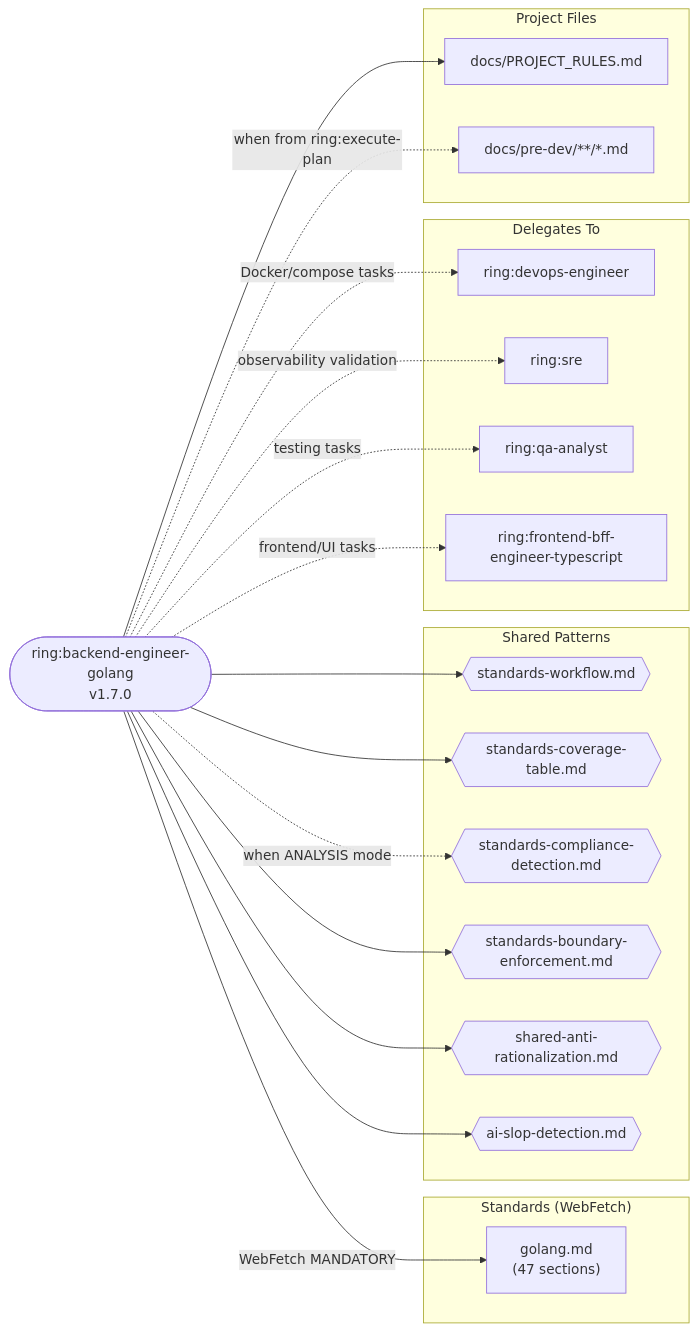
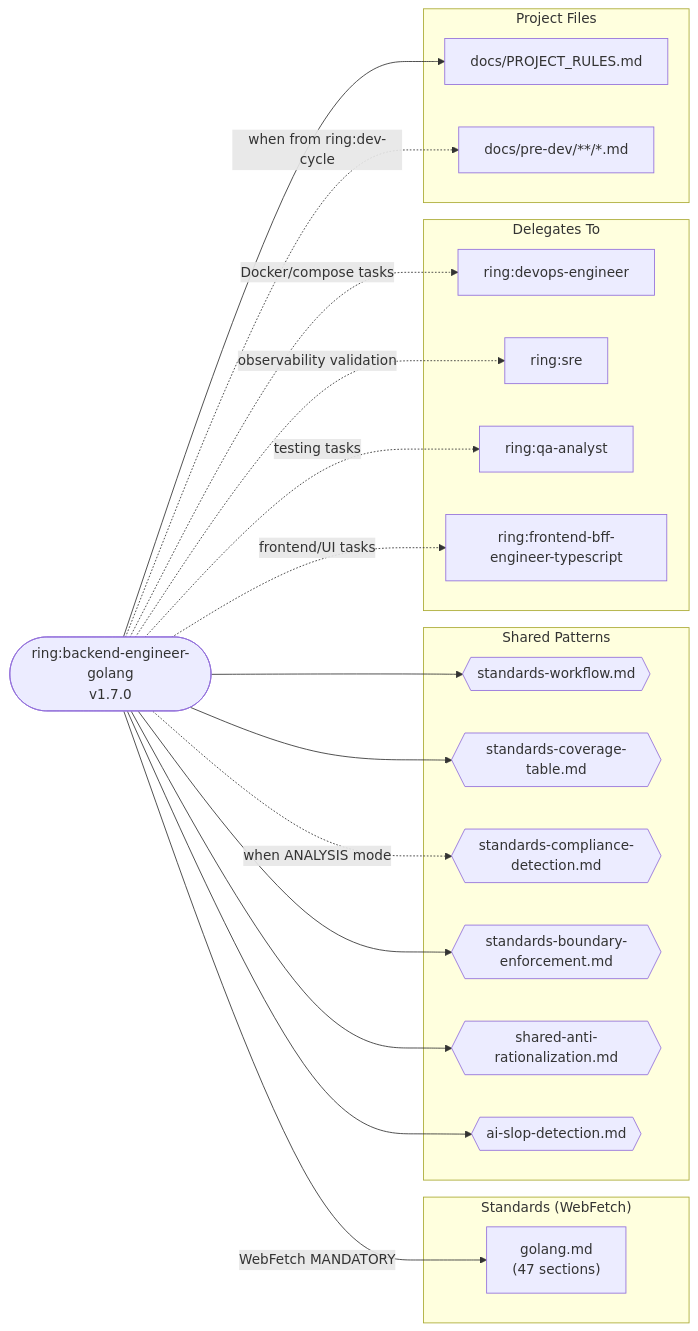
The second of 21 diagrams in dev-team/docs/dependency-diagrams.md (alexgarzao/ring), drawn with Mermaid before and after one commit. The commit also changed other lines of this file and 12 other files, not shown here.

````diff
--- a/dev-team/docs/dependency-diagrams.md
+++ b/dev-team/docs/dependency-diagrams.md
@@ -123,39 +123,39 @@
 ```mermaid
 flowchart LR
     agent(["ring:backend-engineer-golang<br/>v1.7.0"])
 
     subgraph Standards["Standards (WebFetch)"]
         golang["golang.md<br/>(47 sections)"]
     end
 
     subgraph SharedPatterns["Shared Patterns"]
         sw{{"standards-workflow.md"}}
         sct{{"standards-coverage-table.md"}}
         scd{{"standards-compliance-detection.md"}}
         sbe{{"standards-boundary-enforcement.md"}}
         sar{{"shared-anti-rationalization.md"}}
         asd{{"ai-slop-detection.md"}}
     end
 
     subgraph Delegates["Delegates To"]
         devops["ring:devops-engineer"]
         sre["ring:sre"]
         qa["ring:qa-analyst"]
         bff["ring:frontend-bff-engineer-typescript"]
     end
 
     subgraph ProjectFiles["Project Files"]
         pr["docs/PROJECT_RULES.md"]
         predev["docs/pre-dev/**/*.md"]
     end
 
     agent -->|"WebFetch MANDATORY"| golang
     agent --> sw & sct & sar & asd & sbe
     agent -.->|"when ANALYSIS mode"| scd
     agent -.->|"Docker/compose tasks"| devops
     agent -.->|"observability validation"| sre
     agent -.->|"testing tasks"| qa
     agent -.->|"frontend/UI tasks"| bff
     agent --> pr
-    agent -.->|"when from ring:execute-plan"| predev
+    agent -.->|"when from ring:dev-cycle"| predev
 ```
````
